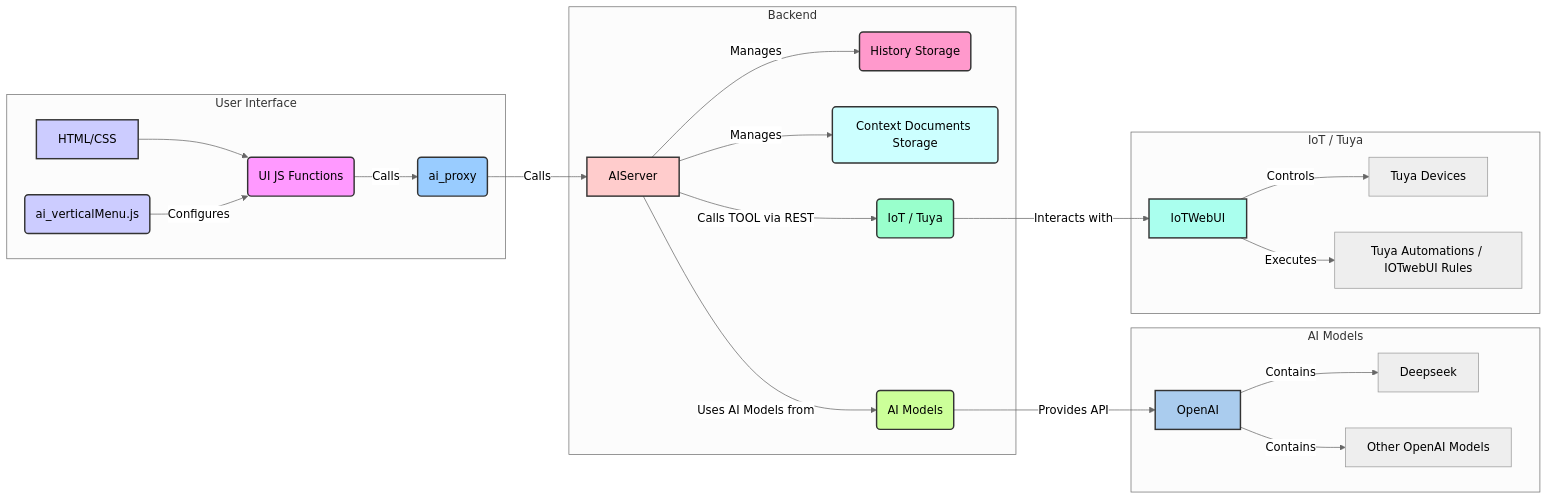
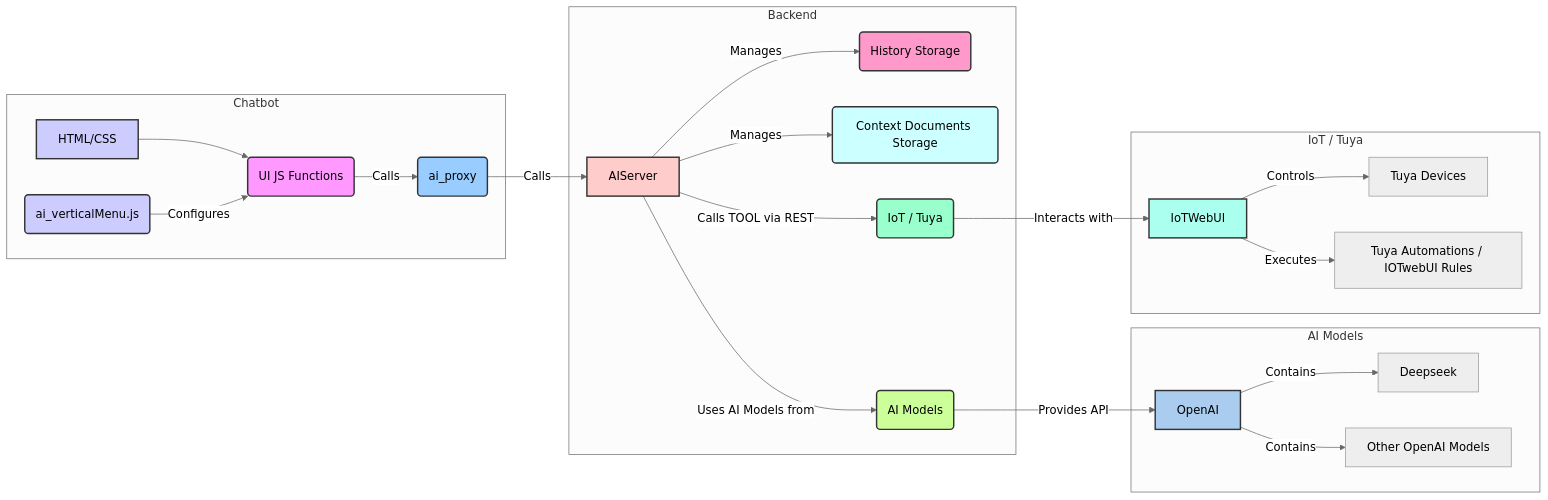
One commit to msillano/IoTwebUI changed the diagram in IOTwebUI-AI/README.md. Above: the diagram before and after it, drawn with Mermaid.

````diff
--- a/IOTwebUI-AI/README.md
+++ b/IOTwebUI-AI/README.md
@@ -9,40 +9,40 @@
 ```mermaid
 %%{init: {'theme': 'neutral'}}%%
 graph LR
-    subgraph User Interface
+    subgraph Chatbot
         style UI fill:#ccf,stroke:#333,stroke-width:2px
         style UI_JS fill:#f9f,stroke:#333,stroke-width:2px
         style UI_Menu fill:#ccf,stroke:#333,stroke-width:2px
         UI[HTML/CSS] --> UI_JS(UI JS Functions);
         UI_Menu(ai_verticalMenu.js) -- Configures --> UI_JS;
         UI_JS -- Calls --> Proxy(ai_proxy);
     end
 
     subgraph Backend
         style Proxy fill:#9cf,stroke:#333,stroke-width:2px
         style AIServer fill:#fcc,stroke:#333,stroke-width:2px
         style HistoryDB fill:#f9c,stroke:#333,stroke-width:2px
         style ContextFiles fill:#cff,stroke:#333,stroke-width:2px
         Proxy -- Calls --> AIServer;
         AIServer -- Uses AI Models from --> AIModels(AI Models);
         AIServer -- Manages --> HistoryDB(History Storage);
         AIServer -- Manages --> ContextFiles(Context Documents Storage);
         AIServer -- Calls TOOL via REST --> IoT(IoT / Tuya);
     end
 
     subgraph AI Models
         style AIModels fill:#cf9,stroke:#333,stroke-width:2px
         style OpenAI fill:#ace,stroke:#333,stroke-width:2px
         AIModels -- Provides API --> OpenAI;
         OpenAI -- Contains --> Deepseek;
         OpenAI -- Contains --> GPTModels[Other OpenAI Models];
      end
 
     subgraph IoT / Tuya
         style IoT fill:#9fc,stroke:#333,stroke-width:2px
         style IoTWebUI fill:#afe,stroke:#333,stroke-width:2px
         IoT -- Interacts with --> IoTWebUI;
         IoTWebUI -- Controls --> TuyaDevices[Tuya Devices];
         IoTWebUI -- Executes --> TuyaAutomations[Tuya Automations / IOTwebUI Rules];
     end
 ```
````
